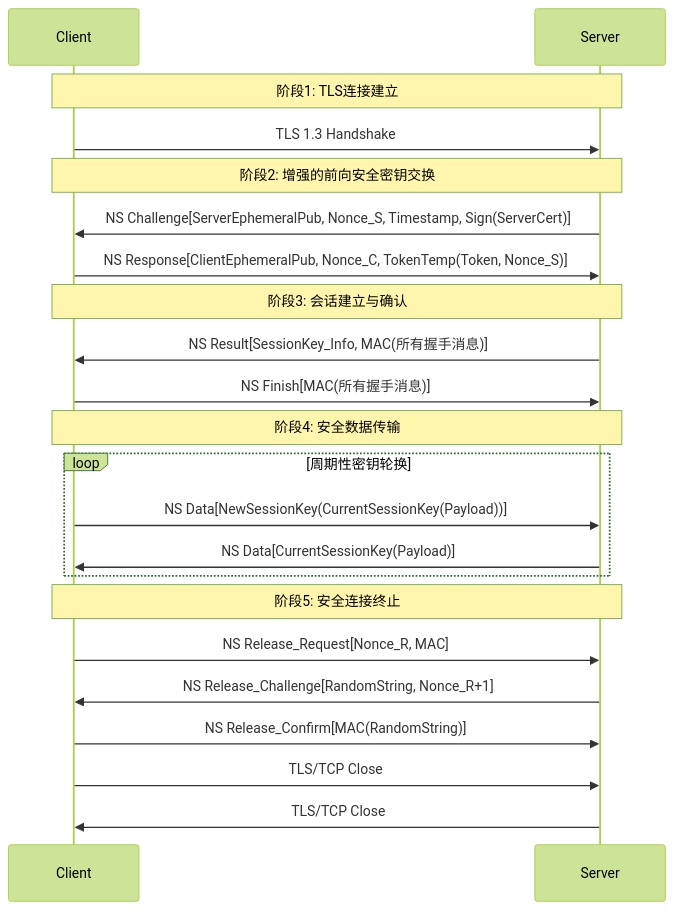
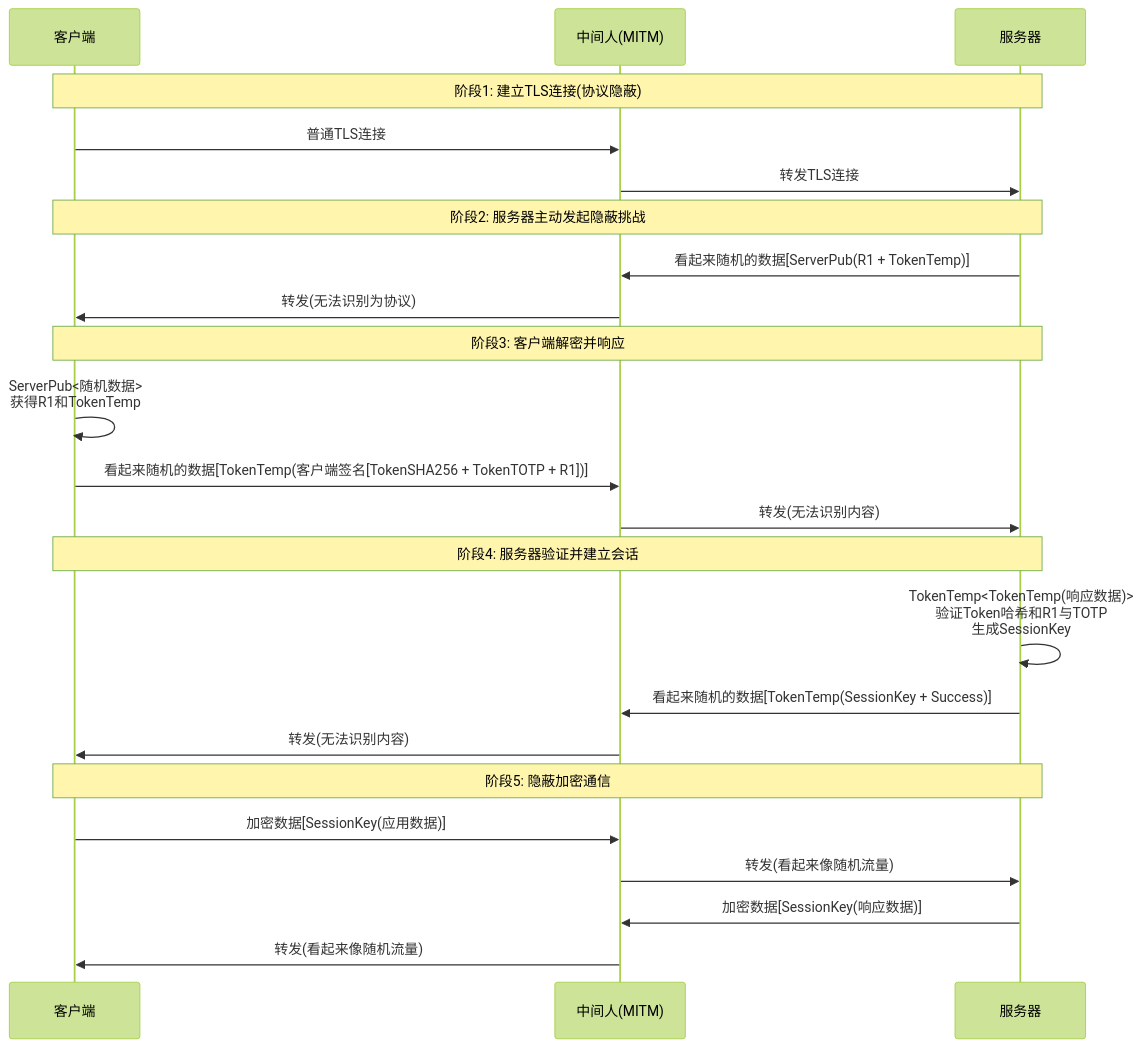
The diagram in zhcn.md (cube-open/NitroSocks), drawn with Mermaid (forest theme) before and after one commit. The commit also changed other lines of this file, not shown here.

Commit message:
更新 zhcn.md

````diff
--- a/zhcn.md
+++ b/zhcn.md
@@ -9,29 +11,31 @@
 ```mermaid
 sequenceDiagram
-  participant C as Client
-  participant S as Server
+    participant C as 客户端
+    participant M as 中间人(MITM)
+    participant S as 服务器
 
-  Note over C,S: 阶段1: TLS连接建立
-  C->>S: TLS 1.3 Handshake
+    Note over C,S: 阶段1: 建立TLS连接(协议隐蔽)
+    C->>M: 普通TLS连接
+    M->>S: 转发TLS连接
+    
+    Note over C,S: 阶段2: 服务器主动发起隐蔽挑战
+    S->>M: 看起来随机的数据[ServerPub(R1 + TokenTemp)]
+    M->>C: 转发(无法识别为协议)
+    
+    Note over C,S: 阶段3: 客户端解密并响应
+    C->>C: ServerPub<随机数据><br>获得R1和TokenTemp
+    C->>M: 看起来随机的数据[TokenTemp(客户端签名[TokenSHA256 + TokenTOTP + R1])]
+    M->>S: 转发(无法识别内容)
+    
+    Note over C,S: 阶段4: 服务器验证并建立会话
+    S->>S: TokenTemp<TokenTemp(响应数据)><br>验证Token哈希和R1与TOTP<br>生成SessionKey
+    S->>M: 看起来随机的数据[TokenTemp(SessionKey + Success)]
+    M->>C: 转发(无法识别内容)
+    
+    Note over C,S: 阶段5: 隐蔽加密通信
+    C->>M: 加密数据[SessionKey(应用数据)]
+    M->>S: 转发(看起来像随机流量)
+    S->>M: 加密数据[SessionKey(响应数据)]
+    M->>C: 转发(看起来像随机流量)
   
-  Note over C,S: 阶段2: 增强的前向安全密钥交换
-  S->>C: NS Challenge[ServerEphemeralPub, Nonce_S, Timestamp, Sign(ServerCert)]
-  C->>S: NS Response[ClientEphemeralPub, Nonce_C, TokenTemp(Token, Nonce_S)]
-  
-  Note over C,S: 阶段3: 会话建立与确认
-  S->>C: NS Result[SessionKey_Info, MAC(所有握手消息)]
-  C->>S: NS Finish[MAC(所有握手消息)]
-  
-  Note over C,S: 阶段4: 安全数据传输
-  loop 周期性密钥轮换
-    C->>S: NS Data[NewSessionKey(CurrentSessionKey(Payload))]
-    S->>C: NS Data[CurrentSessionKey(Payload)]
-  end
-  
-  Note over C,S: 阶段5: 安全连接终止
-  C->>S: NS Release_Request[Nonce_R, MAC]
-  S->>C: NS Release_Challenge[RandomString, Nonce_R+1]
-  C->>S: NS Release_Confirm[MAC(RandomString)]
-  C->>S: TLS/TCP Close
-  S->>C: TLS/TCP Close
 ```
````
